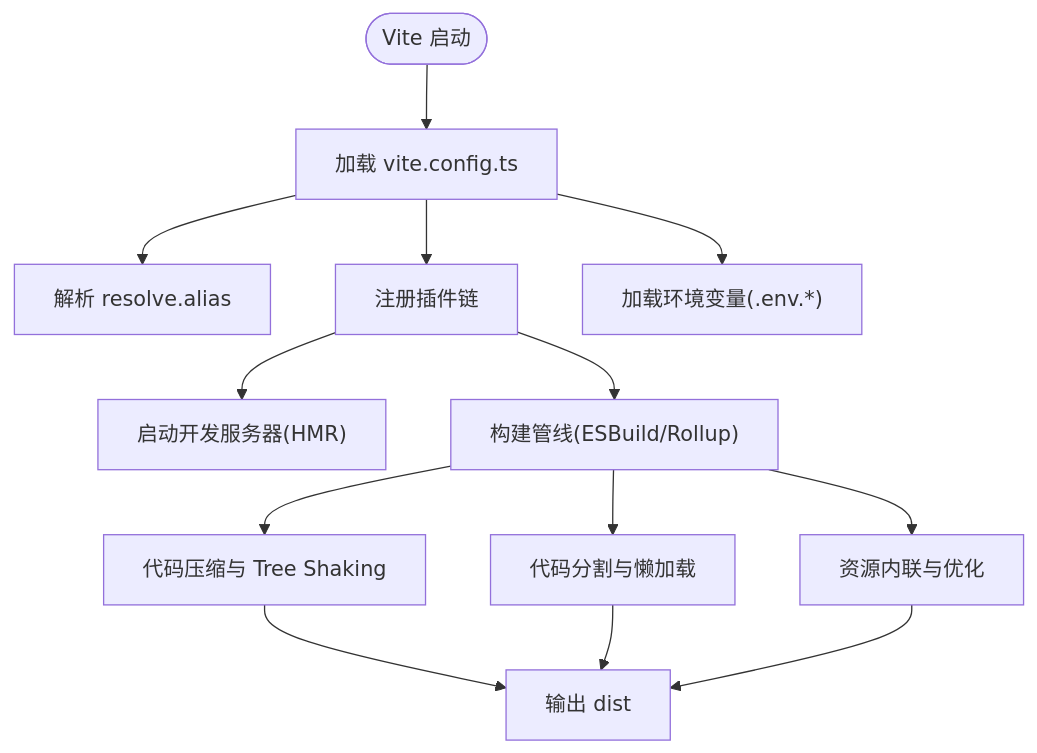
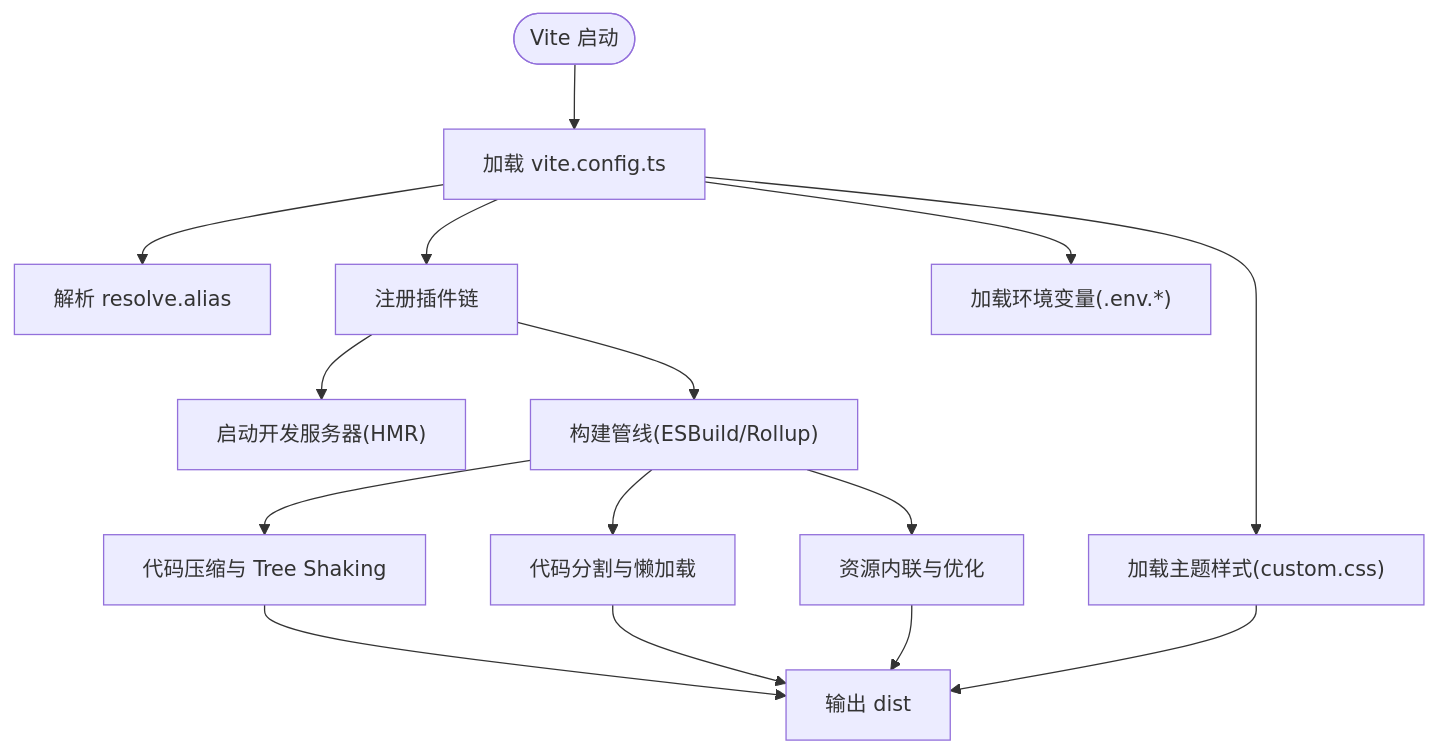
Before and after one commit to ja-plus/stk-table-vue: the third of 4 diagrams in .qoder/repowiki/zh/content/集成指南/构建配置/构建配置.md, drawn with Mermaid. The commit also changed other lines of this file and 54 other files, not shown here.

````diff
--- a/.qoder/repowiki/zh/content/集成指南/构建配置/构建配置.md
+++ b/.qoder/repowiki/zh/content/集成指南/构建配置/构建配置.md
@@ -132,15 +146,17 @@
 ```mermaid
 flowchart TD
 Start(["Vite 启动"]) --> LoadConfig["加载 vite.config.ts"]
 LoadConfig --> ResolveAlias["解析 resolve.alias"]
 LoadConfig --> Plugins["注册插件链"]
 LoadConfig --> Env["加载环境变量(.env.*)"]
+LoadConfig --> ThemeStyles["加载主题样式(custom.css)"]
 Plugins --> DevServer["启动开发服务器(HMR)"]
 Plugins --> BuildPipeline["构建管线(ESBuild/Rollup)"]
 BuildPipeline --> Minify["代码压缩与 Tree Shaking"]
 BuildPipeline --> Split["代码分割与懒加载"]
 BuildPipeline --> Assets["资源内联与优化"]
 Minify --> Output["输出 dist"]
 Split --> Output
 Assets --> Output
+ThemeStyles --> Output
 ```
````
